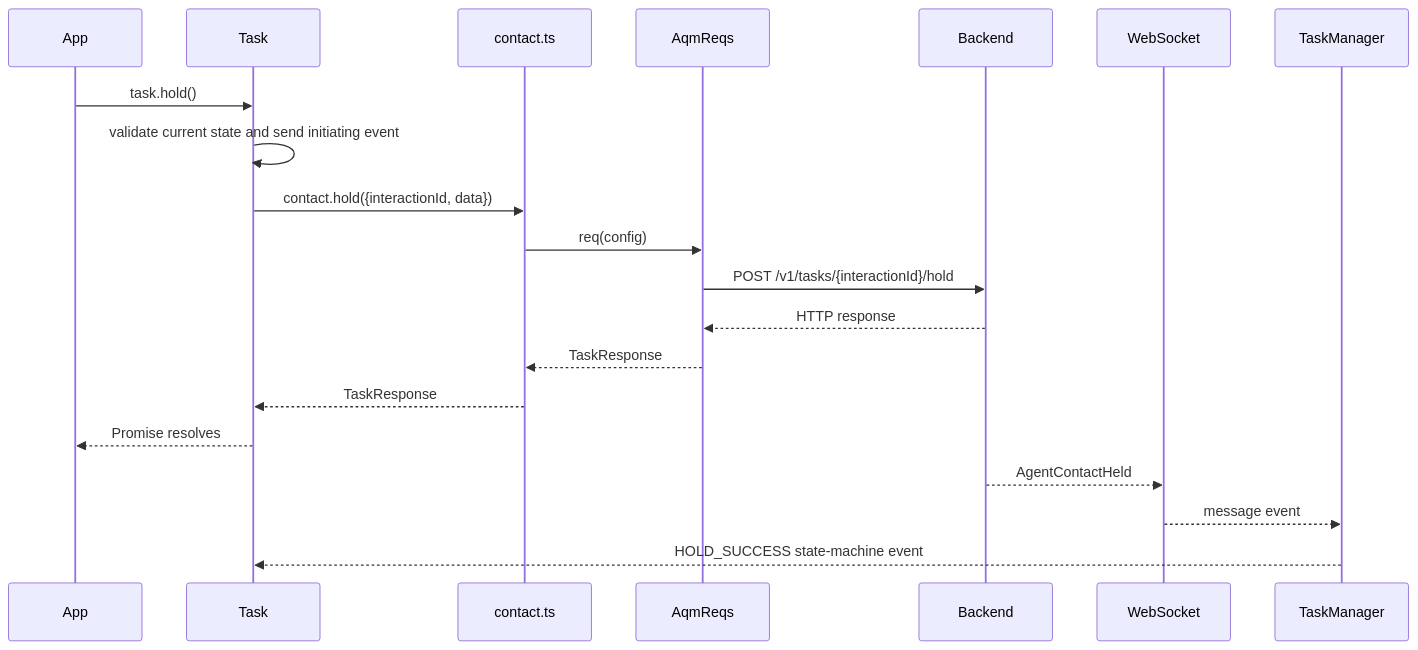
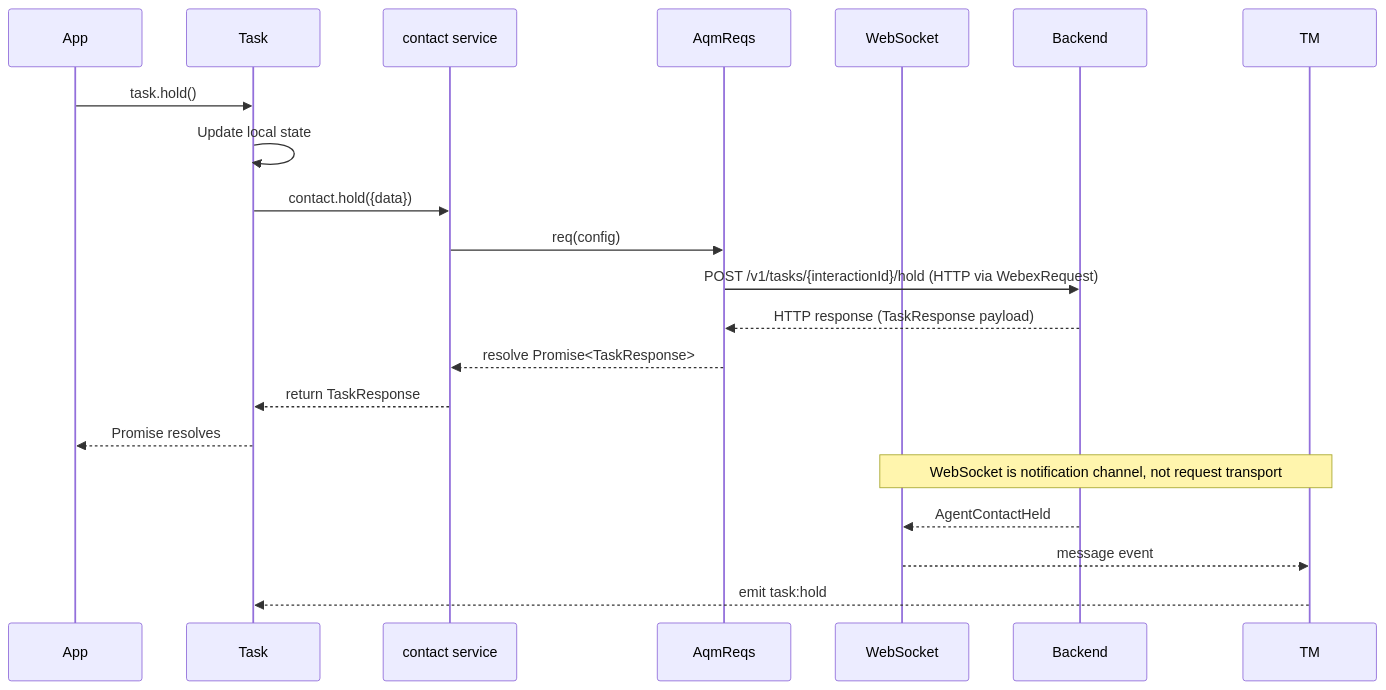
Before and after one commit to webex/webex-js-sdk: the third of 4 diagrams in packages/@webex/contact-center/src/services/task/ai-docs/ARCHITECTURE.md, drawn with Mermaid. The commit also changed other lines of this file and 12 other files, not shown here.

````diff
--- a/packages/@webex/contact-center/src/services/task/ai-docs/ARCHITECTURE.md
+++ b/packages/@webex/contact-center/src/services/task/ai-docs/ARCHITECTURE.md
@@ -318,23 +336,23 @@
 ```mermaid
 sequenceDiagram
     participant App
     participant T as Task
-    participant C as contact.ts
+    participant C as contact service
     participant AQM as AqmReqs
+    participant WS as WebSocket
     participant BE as Backend
-    participant WS as WebSocket
-    participant TM as TaskManager
 
     App->>T: task.hold()
-    T->>T: validate current state and send initiating event
-    T->>C: contact.hold({interactionId, data})
+    T->>T: Update local state
+    T->>C: contact.hold({data})
     C->>AQM: req(config)
-    AQM->>BE: POST /v1/tasks/{interactionId}/hold
-    BE-->>AQM: HTTP response
-    AQM-->>C: TaskResponse
-    C-->>T: TaskResponse
+    AQM->>BE: POST /v1/tasks/{interactionId}/hold (HTTP via WebexRequest)
+    BE-->>AQM: HTTP response (TaskResponse payload)
+    AQM-->>C: resolve Promise<TaskResponse>
+    C-->>T: return TaskResponse
     T-->>App: Promise resolves
+    Note over WS,TM: WebSocket is notification channel, not request transport
     BE-->>WS: AgentContactHeld
     WS-->>TM: message event
-    TM-->>T: HOLD_SUCCESS state-machine event
+    TM-->>T: emit task:hold
 ```
````
